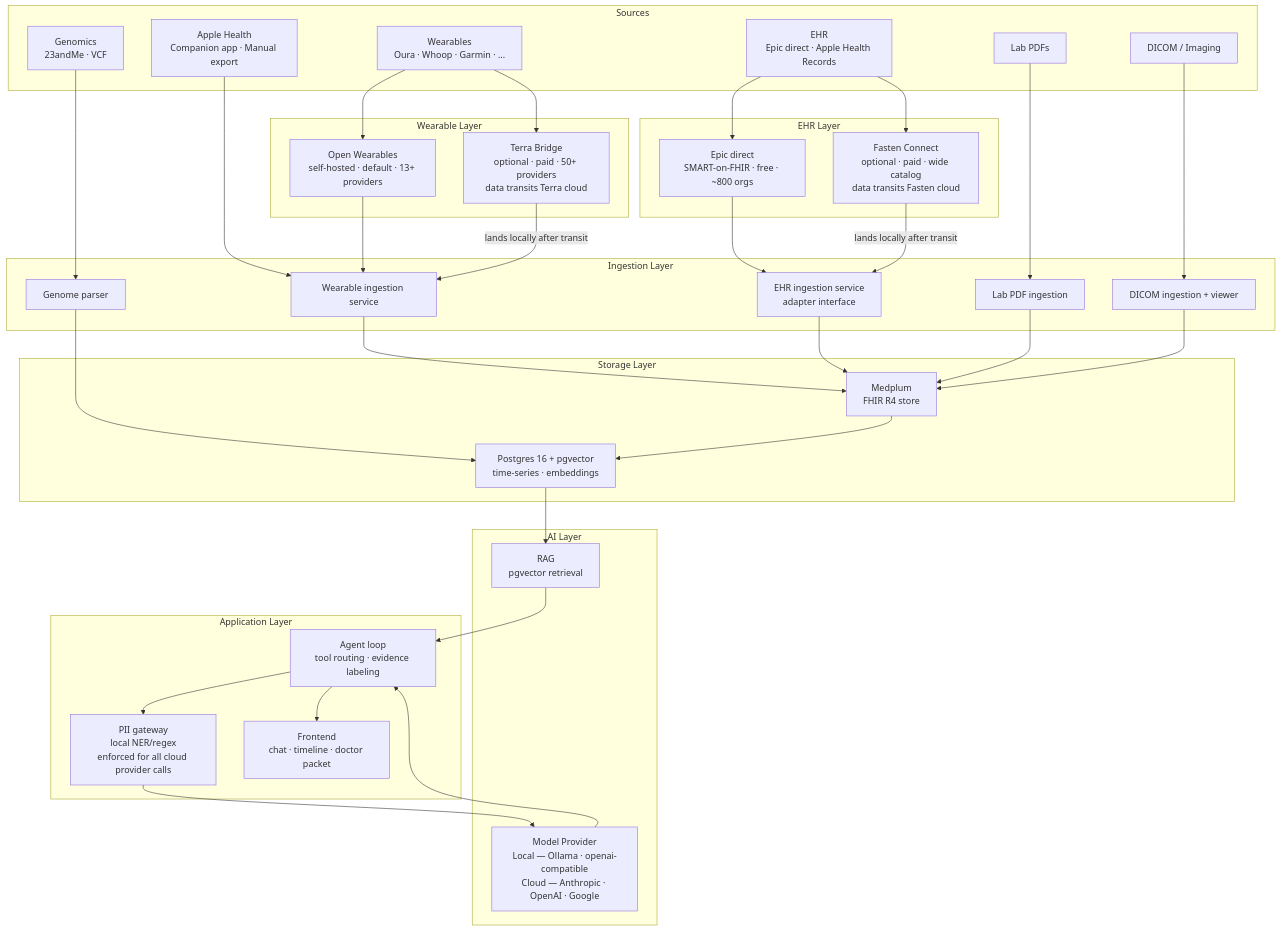
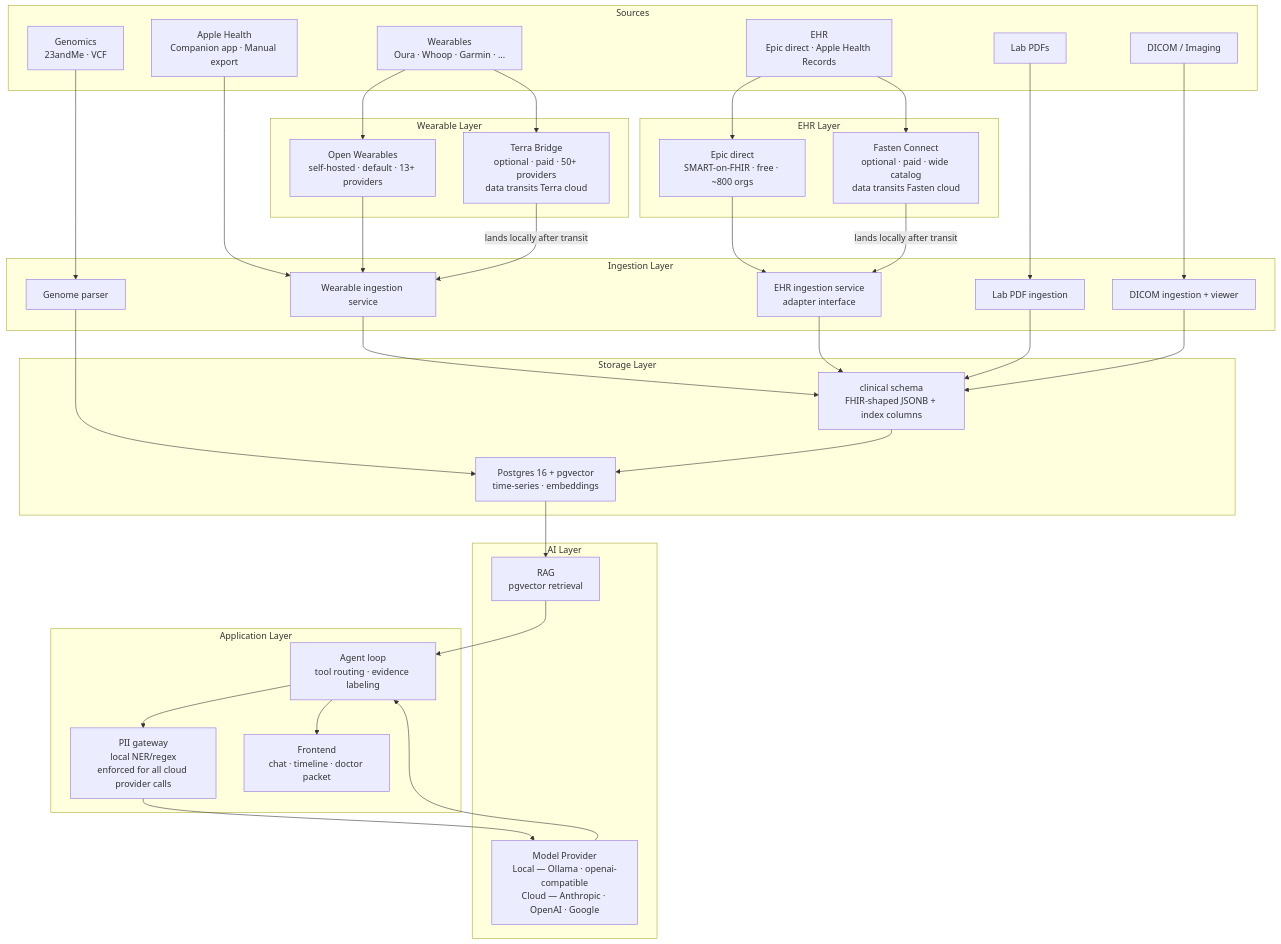
One commit to XanaduCo/AyuSpec changed the diagram in docs/architecture.md. Above: the diagram before and after it, drawn with Mermaid. The commit also changed other lines of this file and 20 other files, not shown here.

````diff
--- a/docs/architecture.md
+++ b/docs/architecture.md
@@ -5,72 +5,72 @@
 ```mermaid
 graph TD
     subgraph Sources
         W[Wearables<br/>Oura · Whoop · Garmin · ...]
         AH[Apple Health<br/>Companion app · Manual export]
         E[EHR<br/>Epic direct · Apple Health Records]
         L[Lab PDFs]
         D[DICOM / Imaging]
         G[Genomics<br/>23andMe · VCF]
     end
 
     subgraph Wearable Layer
         OW[Open Wearables<br/>self-hosted · default · 13+ providers]
         TB[Terra Bridge<br/>optional · paid · 50+ providers<br/>data transits Terra cloud]
     end
 
     subgraph EHR Layer
         EPIC[Epic direct<br/>SMART-on-FHIR · free · ~800 orgs]
         FC[Fasten Connect<br/>optional · paid · wide catalog<br/>data transits Fasten cloud]
     end
 
     subgraph Ingestion Layer
         WI[Wearable ingestion service]
         EI[EHR ingestion service<br/>adapter interface]
         LI[Lab PDF ingestion]
         DI[DICOM ingestion + viewer]
         GI[Genome parser]
     end
 
     subgraph Storage Layer
-        MP[Medplum<br/>FHIR R4 store]
+        MP[clinical schema<br/>FHIR-shaped JSONB + index columns]
         PG[Postgres 16 + pgvector<br/>time-series · embeddings]
     end
 
     subgraph AI Layer
         PROV[Model Provider<br/>Local — Ollama · openai-compatible<br/>Cloud — Anthropic · OpenAI · Google]
         RAG[RAG<br/>pgvector retrieval]
     end
 
     subgraph Application Layer
         AG[Agent loop<br/>tool routing · evidence labeling]
         PII[PII gateway<br/>local NER/regex<br/>enforced for all cloud provider calls]
         UI[Frontend<br/>chat · timeline · doctor packet]
     end
 
     W --> OW
     W --> TB
     AH --> WI
     OW --> WI
     TB -->|lands locally after transit| WI
     E --> EPIC
     E --> FC
     EPIC --> EI
     FC -->|lands locally after transit| EI
     L --> LI
     D --> DI
     G --> GI
 
     WI --> MP
     EI --> MP
     LI --> MP
     DI --> MP
     GI --> PG
 
     MP --> PG
     PG --> RAG
     RAG --> AG
     AG --> PII
     PII --> PROV
     PROV --> AG
     AG --> UI
 ```
````
